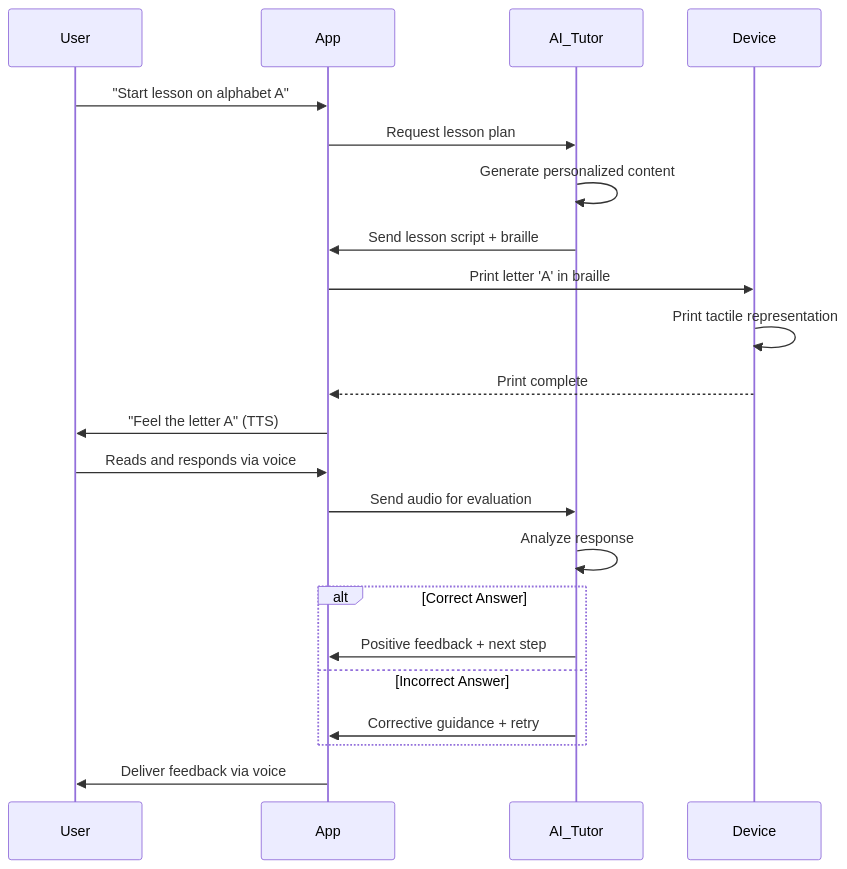
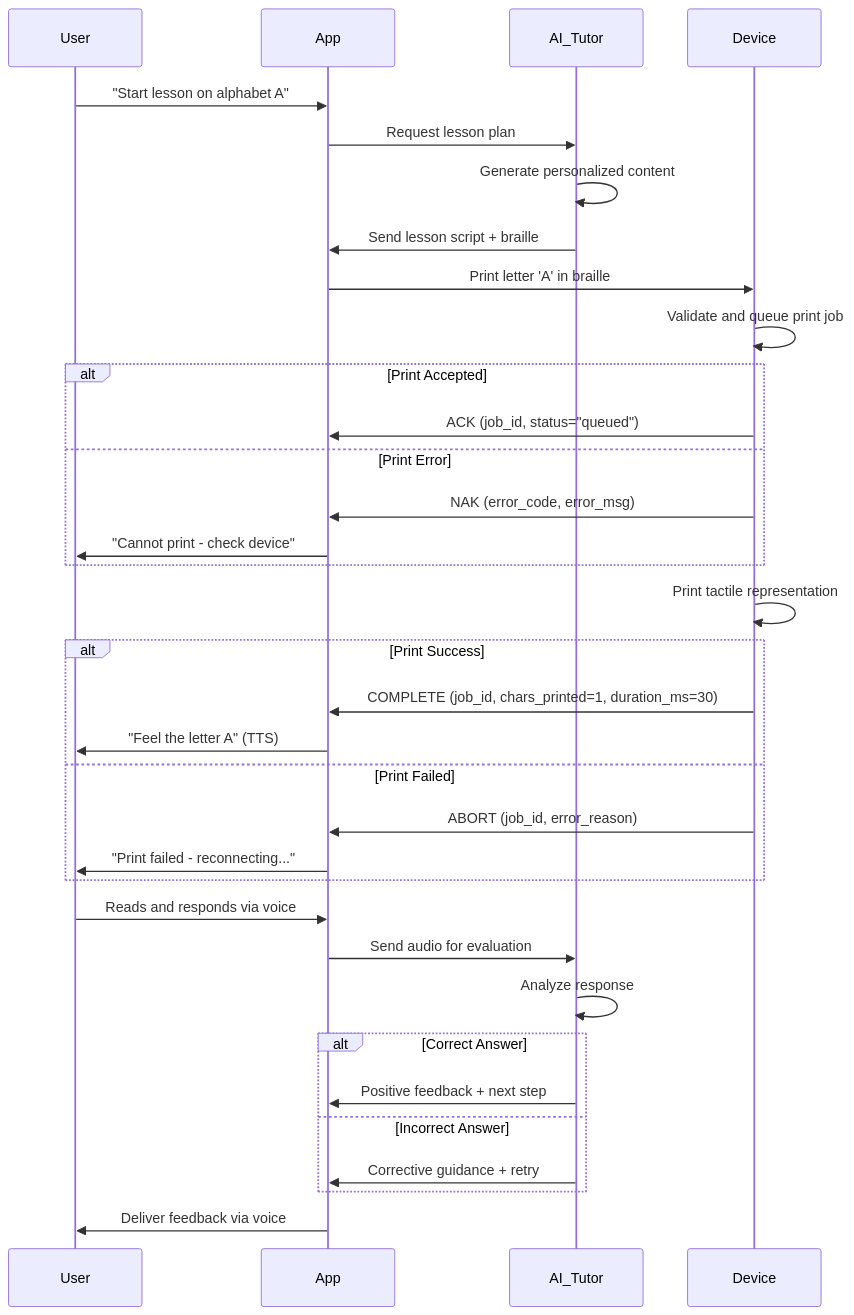
The third of 5 diagrams in 04_System_Architecture.md (vikrantwiz02/DFP-13), drawn with Mermaid before and after one commit. The commit also changed other lines of this file and 2 other files, not shown here.

````diff
--- a/04_System_Architecture.md
+++ b/04_System_Architecture.md
@@ -114,25 +131,41 @@
 ```mermaid
 sequenceDiagram
     participant User
     participant App
     participant AI_Tutor
     participant Device
     
     User->>App: "Start lesson on alphabet A"
     App->>AI_Tutor: Request lesson plan
     AI_Tutor->>AI_Tutor: Generate personalized content
     AI_Tutor->>App: Send lesson script + braille
     App->>Device: Print letter 'A' in braille
+    Device->>Device: Validate and queue print job
+    
+    alt Print Accepted
+        Device->>App: ACK (job_id, status="queued")
+    else Print Error
+        Device->>App: NAK (error_code, error_msg)
+        App->>User: "Cannot print - check device"
+    end
+    
     Device->>Device: Print tactile representation
-    Device-->>App: Print complete
-    App->>User: "Feel the letter A" (TTS)
+    
+    alt Print Success
+        Device->>App: COMPLETE (job_id, chars_printed=1, duration_ms=30)
+        App->>User: "Feel the letter A" (TTS)
+    else Print Failed
+        Device->>App: ABORT (job_id, error_reason)
+        App->>User: "Print failed - reconnecting..."
+    end
+    
     User->>App: Reads and responds via voice
     App->>AI_Tutor: Send audio for evaluation
     AI_Tutor->>AI_Tutor: Analyze response
     alt Correct Answer
         AI_Tutor->>App: Positive feedback + next step
     else Incorrect Answer
         AI_Tutor->>App: Corrective guidance + retry
     end
     App->>User: Deliver feedback via voice
 ```
````
